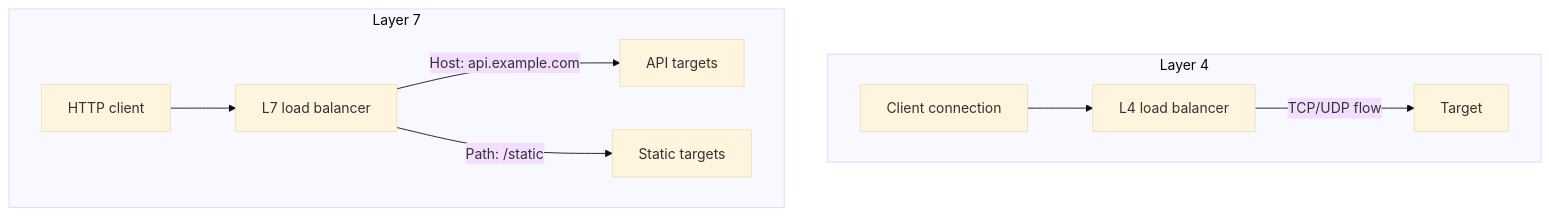
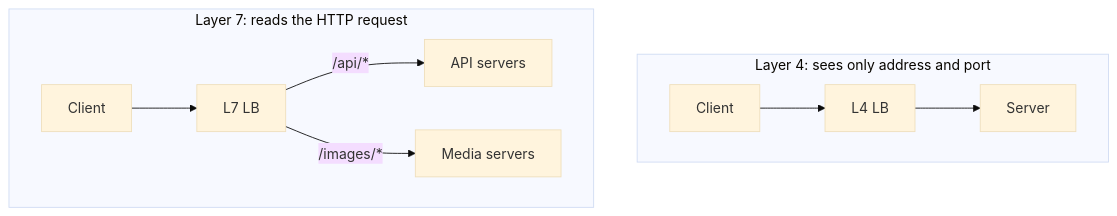
One commit to alanqi03/sys-design changed the first of 2 diagrams in traffic-management/load-balancing.md. Above: the diagram before and after it, drawn with Mermaid (base theme). The commit also changed other lines of this file and 5 other files, not shown here.

````diff
--- a/traffic-management/load-balancing.md
+++ b/traffic-management/load-balancing.md
@@ -27,12 +27,12 @@
 ```{mermaid}
 flowchart TB
-  subgraph l4[Layer 4]
-    c1[Client connection] --> nlb[L4 load balancer]
-    nlb -->|TCP/UDP flow| t1[Target]
+  subgraph L4["Layer 4: sees only address and port"]
+    c1[Client] --> nlb[L4 LB]
+    nlb --> t1[Server]
   end
-  subgraph l7[Layer 7]
-    c2[HTTP client] --> alb[L7 load balancer]
-    alb -->|Host: api.example.com| api[API targets]
-    alb -->|Path: /static| static[Static targets]
+  subgraph L7["Layer 7: reads the HTTP request"]
+    c2[Client] --> alb[L7 LB]
+    alb -->|"/api/*"| api[API servers]
+    alb -->|"/images/*"| img[Media servers]
   end
 ```
````
